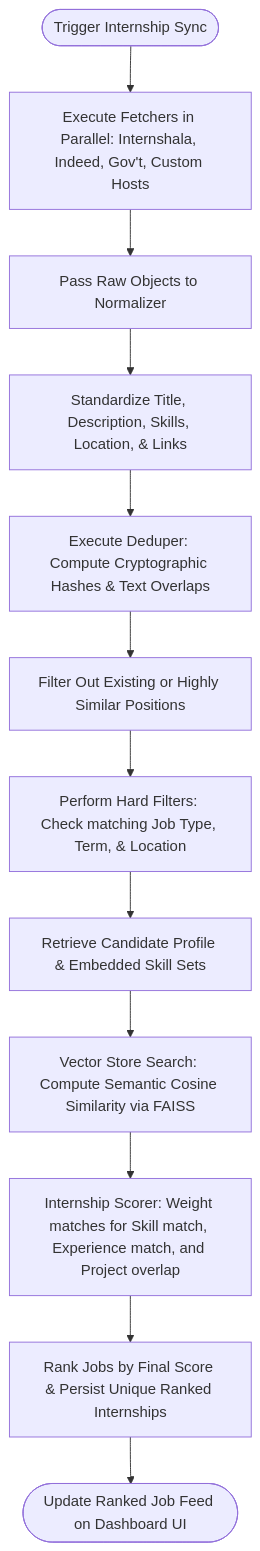
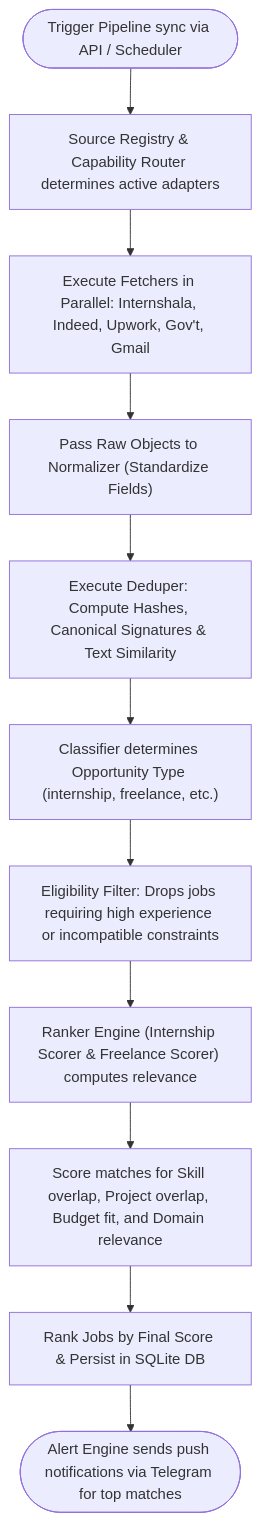
One commit to keshavmishra27/job-hunter changed the third of 4 diagrams in README.md. Above: the diagram before and after it, drawn with Mermaid. The commit also changed other lines of this file and 52 other files, not shown here.

````diff
--- a/README.md
+++ b/README.md
@@ -114,14 +117,13 @@
 ```mermaid
 flowchart TD
-    A(["Trigger Internship Sync"]) --> B["Execute Fetchers in Parallel: Internshala, Indeed, Gov't, Custom Hosts"]
-    B --> C["Pass Raw Objects to Normalizer"]
-    C --> D["Standardize Title, Description, Skills, Location, & Links"]
-    D --> E["Execute Deduper: Compute Cryptographic Hashes & Text Overlaps"]
-    E --> F["Filter Out Existing or Highly Similar Positions"]
-    F --> G["Perform Hard Filters: Check matching Job Type, Term, & Location"]
-    G --> H["Retrieve Candidate Profile & Embedded Skill Sets"]
-    H --> I["Vector Store Search: Compute Semantic Cosine Similarity via FAISS"]
-    I --> J["Internship Scorer: Weight matches for Skill match, Experience match, and Project overlap"]
-    J --> K["Rank Jobs by Final Score & Persist Unique Ranked Internships"]
-    K --> L(["Update Ranked Job Feed on Dashboard UI"])
+    A(["Trigger Pipeline sync via API / Scheduler"]) --> B["Source Registry & Capability Router determines active adapters"]
+    B --> C["Execute Fetchers in Parallel: Internshala, Indeed, Upwork, Gov't, Gmail"]
+    C --> D["Pass Raw Objects to Normalizer (Standardize Fields)"]
+    D --> E["Execute Deduper: Compute Hashes, Canonical Signatures & Text Similarity"]
+    E --> F["Classifier determines Opportunity Type (internship, freelance, etc.)"]
+    F --> G["Eligibility Filter: Drops jobs requiring high experience or incompatible constraints"]
+    G --> H["Ranker Engine (Internship Scorer & Freelance Scorer) computes relevance"]
+    H --> I["Score matches for Skill overlap, Project overlap, Budget fit, and Domain relevance"]
+    I --> J["Rank Jobs by Final Score & Persist in SQLite DB"]
+    J --> K(["Alert Engine sends push notifications via Telegram for top matches"])
 ```
````
